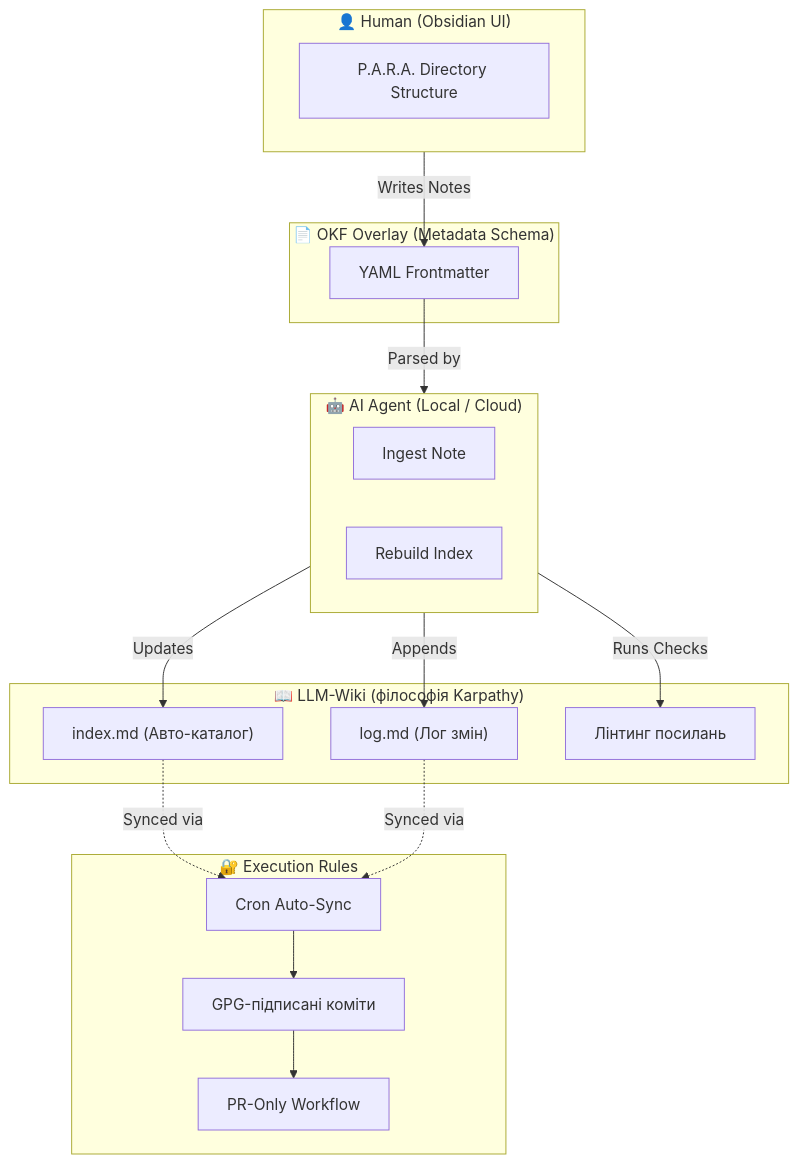
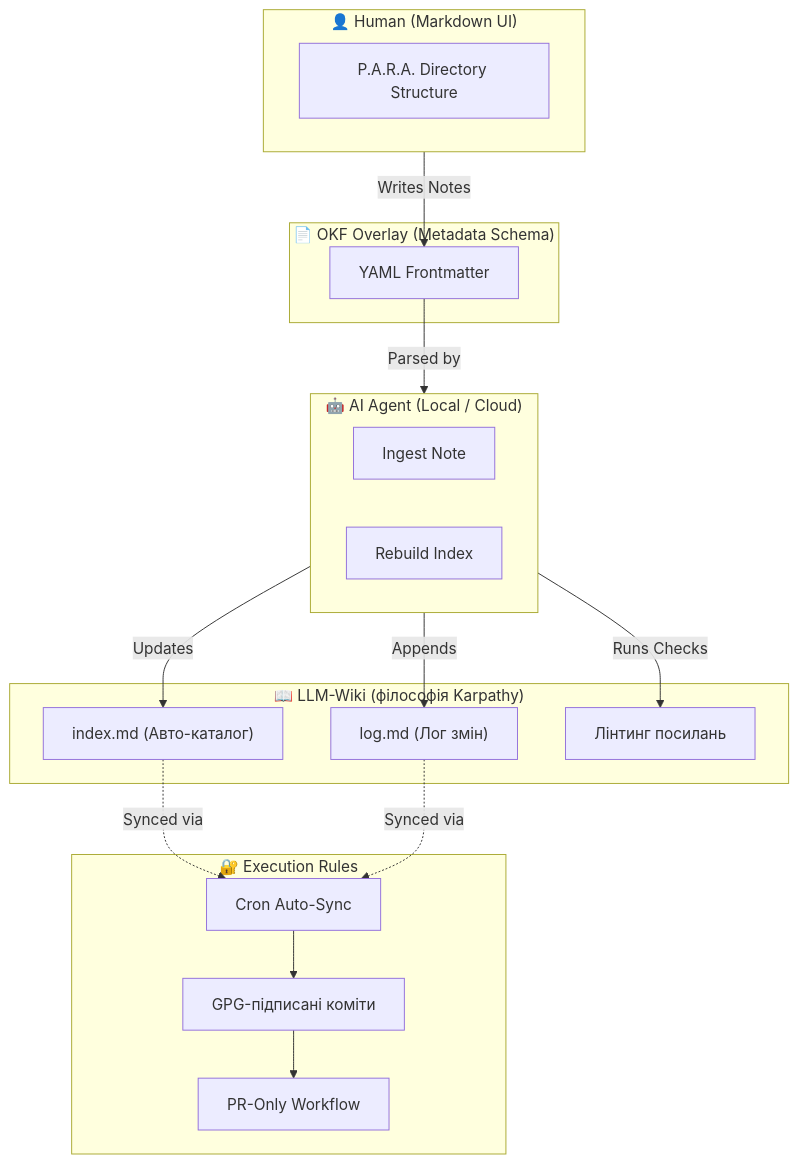
Before and after one commit to weby-homelab/power-framework: the diagram in README.ua.md, drawn with Mermaid. The commit also changed other lines of this file and 1 other file, not shown here.

Commit message:
docs: fix OKF acronym and remove Obsidian hallucinations

````diff
--- a/README.ua.md
+++ b/README.ua.md
@@ -187,37 +180,37 @@
 ```mermaid
 graph TB
-    subgraph Human ["👤 Human (Obsidian UI)"]
+    subgraph Human ["👤 Human (Markdown UI)"]
         PARA["P.A.R.A. Directory Structure"]
     end
 
     subgraph OKF ["📄 OKF Overlay (Metadata Schema)"]
         YAML["YAML Frontmatter"]
     end
 
     subgraph Wiki ["📖 LLM-Wiki (філософія Karpathy)"]
         IndexMD["index.md (Авто-каталог)"]
         LogMD["log.md (Лог змін)"]
         Lint["Лінтинг посилань"]
     end
 
     subgraph AI ["🤖 AI Agent (Local / Cloud)"]
         Ingest["Ingest Note"]
         Index["Rebuild Index"]
     end
 
     subgraph ER ["🔐 Execution Rules"]
         GPG["GPG-підписані коміти"]
         PR["PR-Only Workflow"]
         Sync["Cron Auto-Sync"]
     end
 
     Human -- Writes Notes --> YAML
     YAML -- Parsed by --> AI
     AI -- Updates --> IndexMD
     AI -- Appends --> LogMD
     AI -- Runs Checks --> Lint
     IndexMD -. Synced via .-> Sync
     LogMD -. Synced via .-> Sync
     Sync --> GPG
     GPG --> PR
 ```
````
